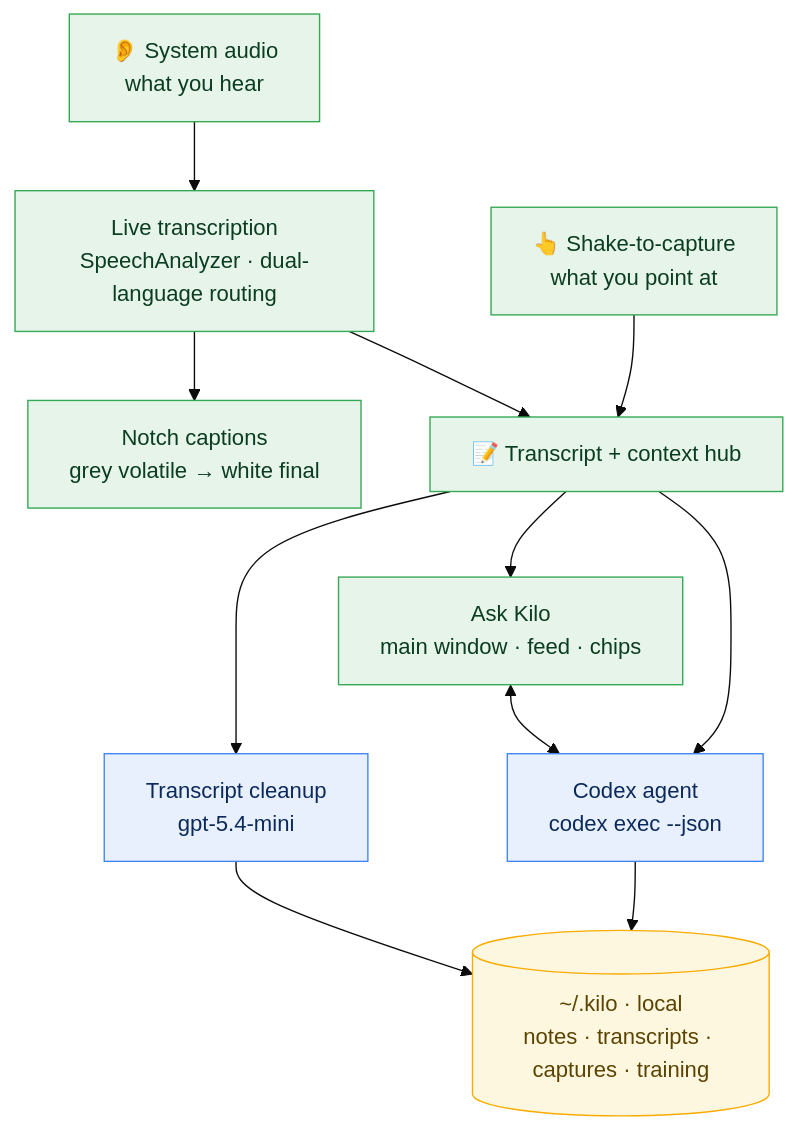
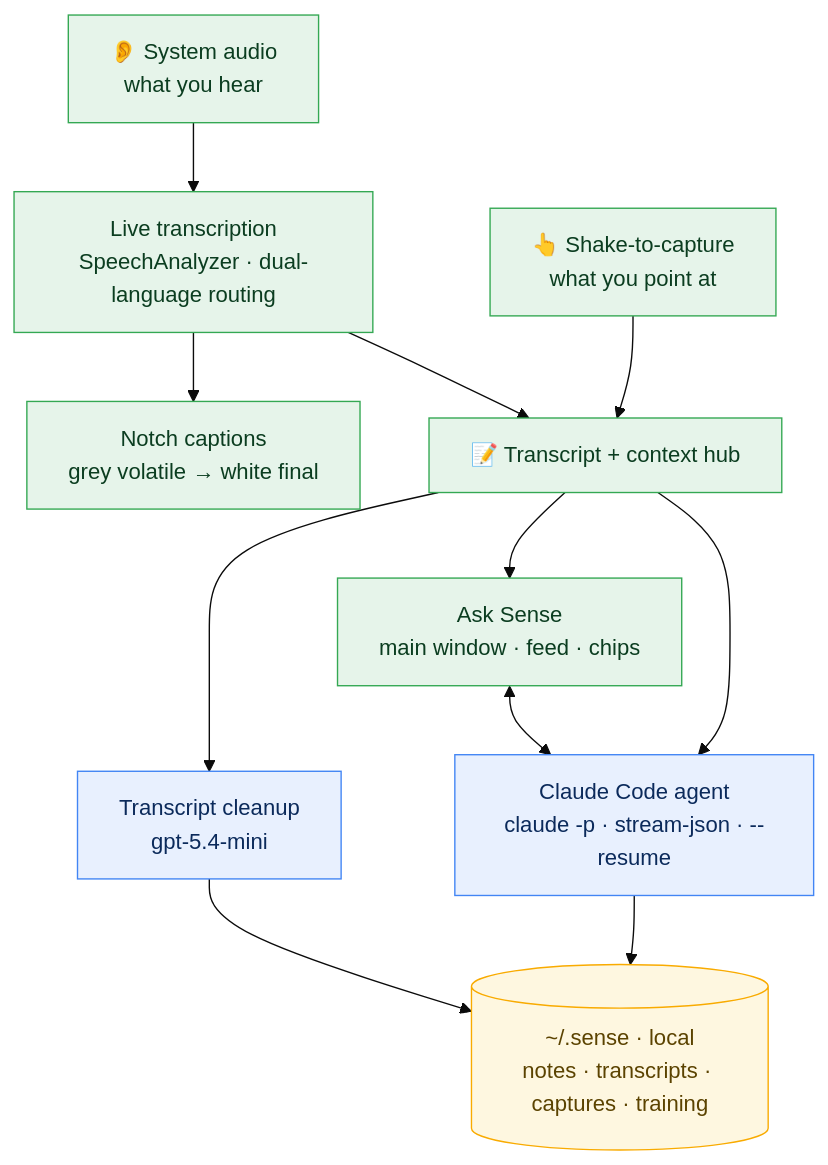
Before and after one commit to zyx1121/sense: the first of 2 diagrams in README.md, drawn with Mermaid (base theme). The commit also changed other lines of this file and 44 other files, not shown here.

First line of the commit message:
refactor: rebrand kilo-sense → Sense, swap codex runtime for Claude Code (#107)

````diff
--- a/README.md
+++ b/README.md
@@ -32,30 +32,30 @@
 ```mermaid
 flowchart TD
     ear["👂 System audio<br/>what you hear"]
     eye["👆 Shake-to-capture<br/>what you point at"]
     asr["Live transcription<br/>SpeechAnalyzer · dual-language routing"]
     notch["Notch captions<br/>grey volatile → white final"]
     hub["📝 Transcript + context hub"]
     polish["Transcript cleanup<br/>gpt-5.4-mini"]
-    agent["Codex agent<br/>codex exec --json"]
-    ui["Ask Kilo<br/>main window · feed · chips"]
-    disk[("~/.kilo · local<br/>notes · transcripts · captures · training")]
+    agent["Claude Code agent<br/>claude -p · stream-json · --resume"]
+    ui["Ask Sense<br/>main window · feed · chips"]
+    disk[("~/.sense · local<br/>notes · transcripts · captures · training")]
 
     ear --> asr
     asr --> notch
     asr --> hub
     eye --> hub
     hub --> polish
     hub --> ui
     ui <--> agent
     hub --> agent
     polish --> disk
     agent --> disk
 
     classDef device fill:#e6f4ea,stroke:#34a853,color:#0b3d20;
     classDef cloud fill:#e8f0fe,stroke:#4285f4,color:#0b2a5b;
     classDef store fill:#fef7e0,stroke:#f9ab00,color:#5b4300;
     class ear,eye,asr,notch,hub,ui device;
     class polish,agent cloud;
     class disk store;
 ```
````
